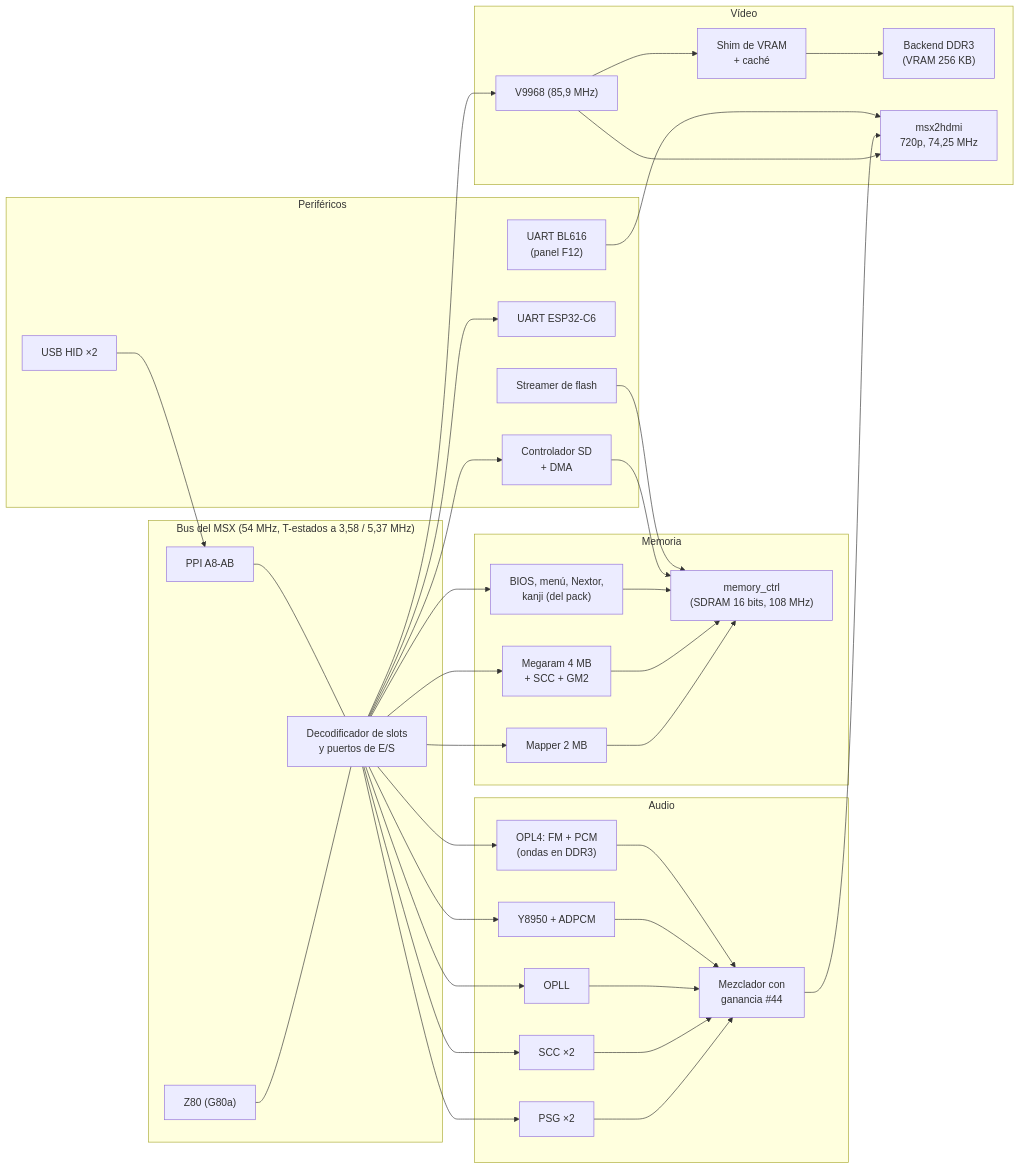
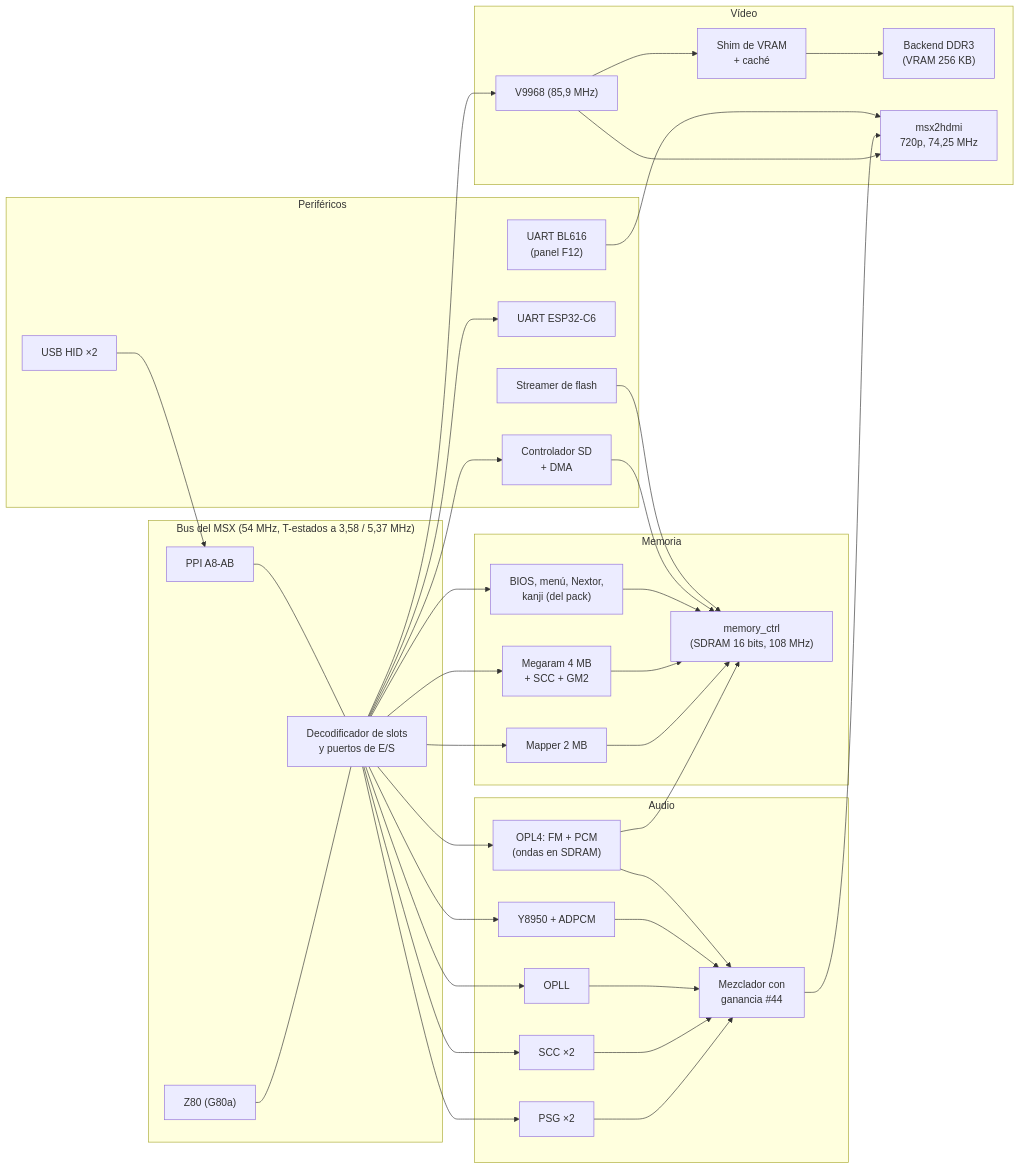
The diagram in docs/tecnica/01-arquitectura.md (Papipapito/MSXimus_138), drawn with Mermaid before and after one commit. The commit also changed other lines of this file and 23 other files, not shown here.

````diff
--- a/docs/tecnica/01-arquitectura.md
+++ b/docs/tecnica/01-arquitectura.md
@@ -23,52 +29,53 @@
 ```mermaid
 flowchart LR
     subgraph CPU["Bus del MSX (54 MHz, T-estados a 3,58 / 5,37 MHz)"]
         Z80["Z80 (G80a)"]
         PPI["PPI A8-AB"]
         SLOT["Decodificador de slots\ny puertos de E/S"]
     end
     Z80 --- SLOT
     PPI --- SLOT
 
     subgraph MEM["Memoria"]
         MC["memory_ctrl\n(SDRAM 16 bits, 108 MHz)"]
         MAP["Mapper 2 MB"]
         MEGA["Megaram 4 MB\n+ SCC + GM2"]
         ROM["BIOS, menú, Nextor,\nkanji (del pack)"]
     end
     SLOT --> MAP --> MC
     SLOT --> MEGA --> MC
     SLOT --> ROM --> MC
 
     subgraph VID["Vídeo"]
         VDP["V9968 (85,9 MHz)"]
         SHIM["Shim de VRAM\n+ caché"]
         VDDR["Backend DDR3\n(VRAM 256 KB)"]
         HDMI["msx2hdmi\n720p, 74,25 MHz"]
     end
     SLOT --> VDP --> SHIM --> VDDR
     VDP --> HDMI
 
     subgraph AUD["Audio"]
         PSG["PSG ×2"]
         SCC["SCC ×2"]
         OPLL["OPLL"]
         Y8950["Y8950 + ADPCM"]
-        OPL4["OPL4: FM + PCM\n(ondas en DDR3)"]
+        OPL4["OPL4: FM + PCM\n(ondas en SDRAM)"]
         MIX["Mezclador con\nganancia #44"]
     end
     SLOT --> PSG & SCC & OPLL & Y8950 & OPL4 --> MIX --> HDMI
+    OPL4 --> MC
 
     subgraph IO["Periféricos"]
         SD["Controlador SD\n+ DMA"]
         USB["USB HID ×2"]
         ESP["UART ESP32-C6"]
         BL["UART BL616\n(panel F12)"]
         FLASH["Streamer de flash"]
     end
     SLOT --> SD --> MC
     USB --> PPI
     SLOT --> ESP
     BL --> HDMI
     FLASH --> MC
 ```
````
